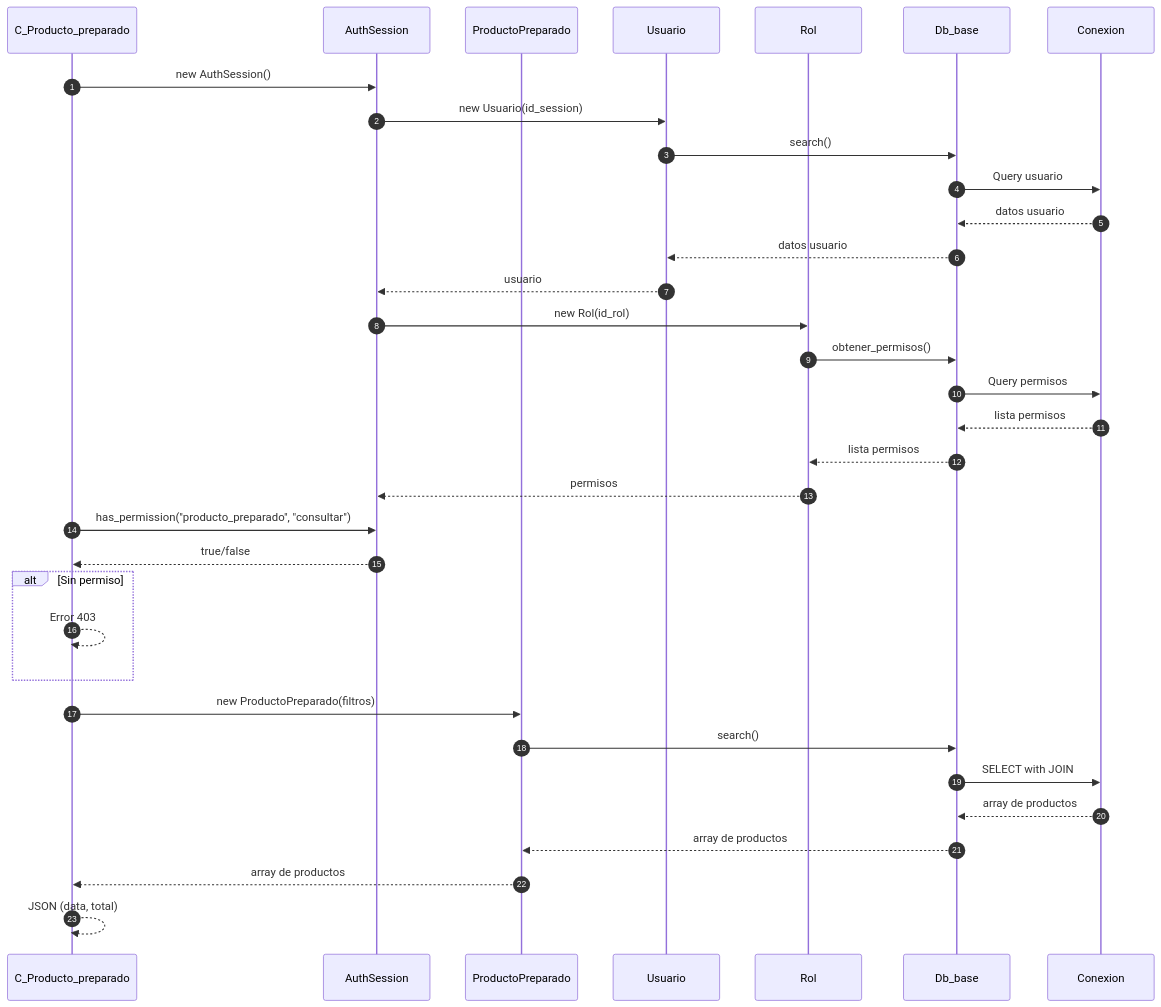
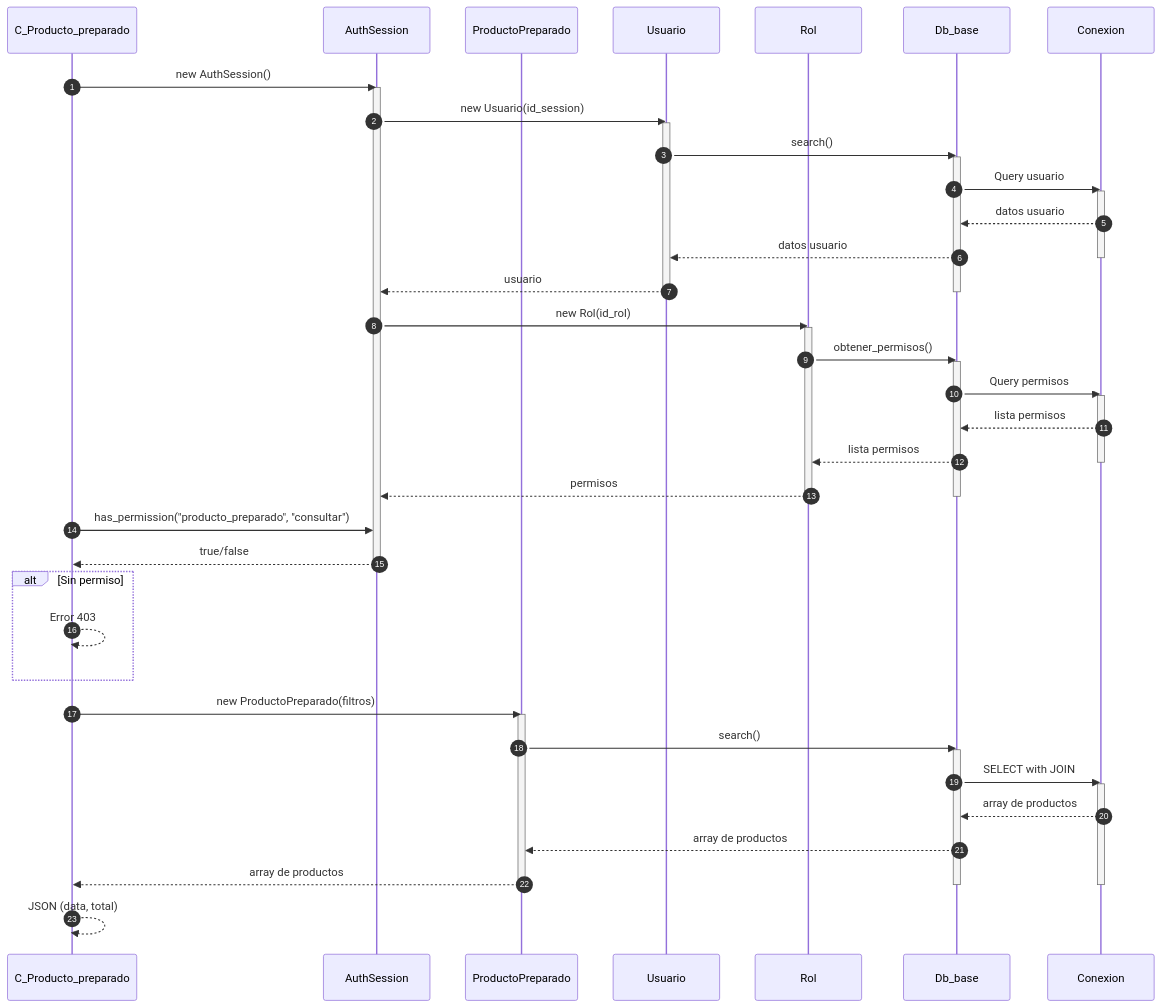
The second of 4 diagrams in docs/secuencia/productos/producto_preparado.md (Tecrato/BurgerHouse), drawn with Mermaid before and after one commit. The commit also changed other lines of this file and 16 other files, not shown here.

First line of the commit message:
Annotate mermaid sequences & throttle generator

````diff
--- a/docs/secuencia/productos/producto_preparado.md
+++ b/docs/secuencia/productos/producto_preparado.md
@@ -51,42 +75,62 @@
 ```mermaid
 sequenceDiagram
     autonumber
     participant C_Producto_preparado as C_Producto_preparado
     participant AuthSession as AuthSession
     participant ProductoPreparado as ProductoPreparado
     participant Usuario as Usuario
     participant Rol as Rol
     participant Db_base as Db_base
     participant Conexion as Conexion
     
     C_Producto_preparado->>AuthSession: new AuthSession()
+    activate AuthSession
     AuthSession->>Usuario: new Usuario(id_session)
+    activate Usuario
     Usuario->>Db_base: search()
+    activate Db_base
     Db_base->>Conexion: Query usuario
+    activate Conexion
     Conexion-->>Db_base: datos usuario
     Db_base-->>Usuario: datos usuario
+    deactivate Conexion
     Usuario-->>AuthSession: usuario
+    deactivate Usuario
+    deactivate Db_base
     
     AuthSession->>Rol: new Rol(id_rol)
+    activate Rol
     Rol->>Db_base: obtener_permisos()
+    activate Db_base
     Db_base->>Conexion: Query permisos
+    activate Conexion
     Conexion-->>Db_base: lista permisos
     Db_base-->>Rol: lista permisos
+    deactivate Conexion
     Rol-->>AuthSession: permisos
+    deactivate Rol
+    deactivate Db_base
     
     C_Producto_preparado->>AuthSession: has_permission("producto_preparado", "consultar")
     AuthSession-->>C_Producto_preparado: true/false
+    deactivate AuthSession
     
     alt Sin permiso
         C_Producto_preparado-->>C_Producto_preparado: Error 403
     end
     
     C_Producto_preparado->>ProductoPreparado: new ProductoPreparado(filtros)
+    activate ProductoPreparado
     ProductoPreparado->>Db_base: search()
+    activate Db_base
     Db_base->>Conexion: SELECT with JOIN
+    activate Conexion
     Conexion-->>Db_base: array de productos
     Db_base-->>ProductoPreparado: array de productos
     ProductoPreparado-->>C_Producto_preparado: array de productos
+    deactivate ProductoPreparado
+    deactivate Conexion
+    deactivate Db_base
     
     C_Producto_preparado-->>C_Producto_preparado: JSON (data, total)
 ```
````
